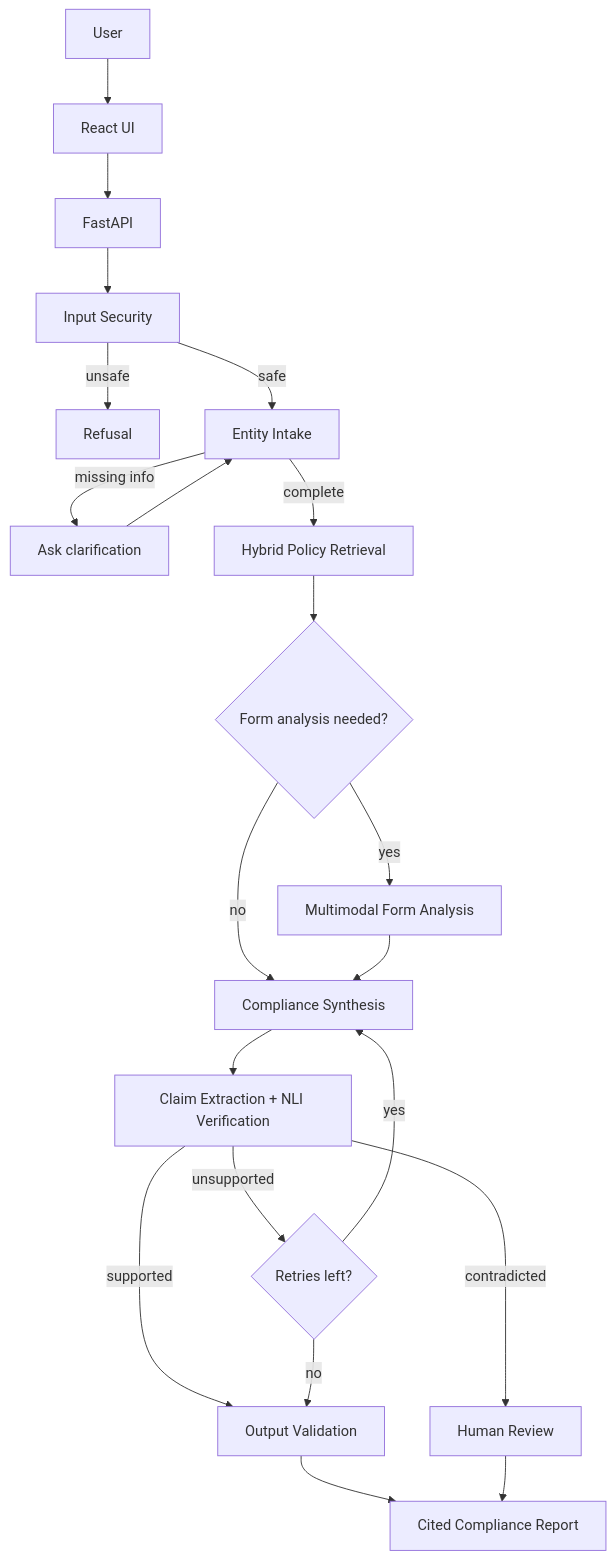
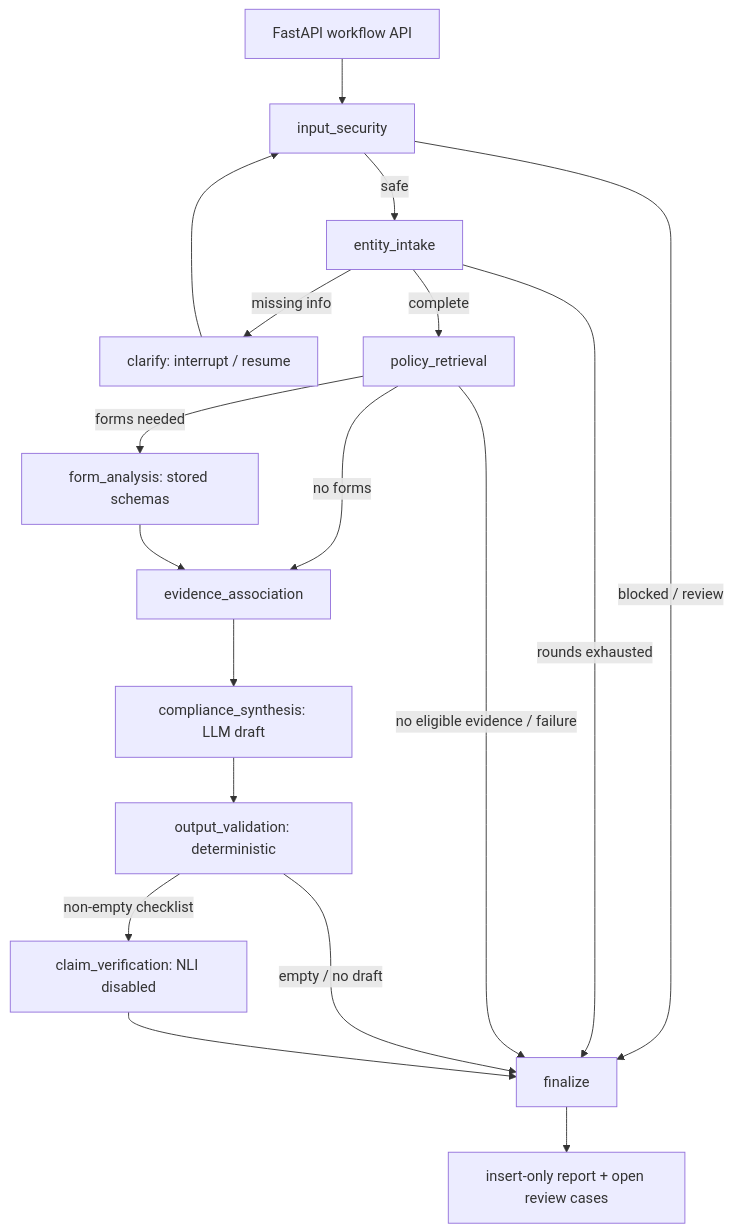
Before and after one commit to PROBOTTHACK/kyc-rag: the diagram in README.md, drawn with Mermaid. The commit also changed other lines of this file and 7 other files, not shown here.

````diff
--- a/README.md
+++ b/README.md
@@ -52,22 +60,19 @@
 ```mermaid
 flowchart TD
-  U[User] --> FE[React UI]
-  FE --> API[FastAPI]
-  API --> SEC[Input Security]
-  SEC -- unsafe --> REF[Refusal]
-  SEC -- safe --> INT[Entity Intake]
-  INT -- missing info --> CLR[Ask clarification] --> INT
-  INT -- complete --> RET[Hybrid Policy Retrieval]
-  RET --> FORM{Form analysis needed?}
-  FORM -- yes --> GEM[Multimodal Form Analysis]
-  FORM -- no --> SYN
-  GEM --> SYN[Compliance Synthesis]
-  SYN --> VER[Claim Extraction + NLI Verification]
-  VER -- supported --> OUT[Output Validation]
-  VER -- unsupported --> RL{Retries left?}
-  RL -- yes --> SYN
-  RL -- no --> OUT
-  VER -- contradicted --> HR[Human Review]
-  OUT --> REP[Cited Compliance Report]
-  HR --> REP
+  API[FastAPI workflow API] --> SEC[input_security]
+  SEC -- blocked / review --> FIN[finalize]
+  SEC -- safe --> INT[entity_intake]
+  INT -- missing info --> CLR[clarify: interrupt / resume] --> SEC
+  INT -- rounds exhausted --> FIN
+  INT -- complete --> RET[policy_retrieval]
+  RET -- no eligible evidence / failure --> FIN
+  RET -- forms needed --> FORM[form_analysis: stored schemas]
+  RET -- no forms --> ASSOC
+  FORM --> ASSOC[evidence_association]
+  ASSOC --> SYN[compliance_synthesis: LLM draft]
+  SYN --> VAL[output_validation: deterministic]
+  VAL -- non-empty checklist --> CV[claim_verification: NLI disabled]
+  VAL -- empty / no draft --> FIN
+  CV --> FIN
+  FIN --> REP[insert-only report + open review cases]
 ```
````
